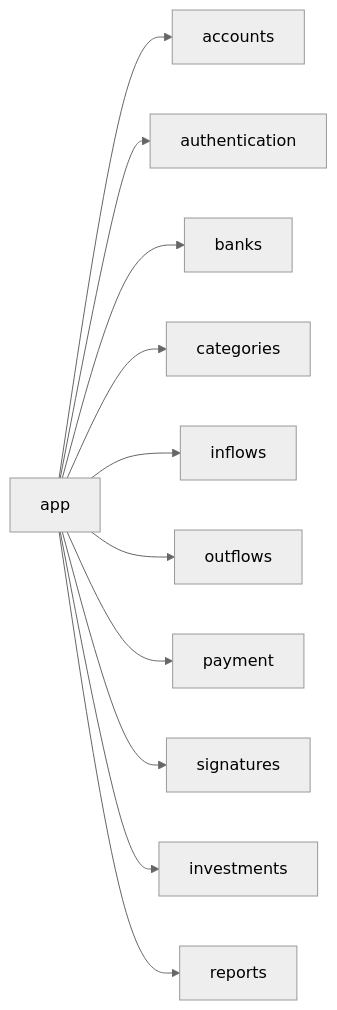
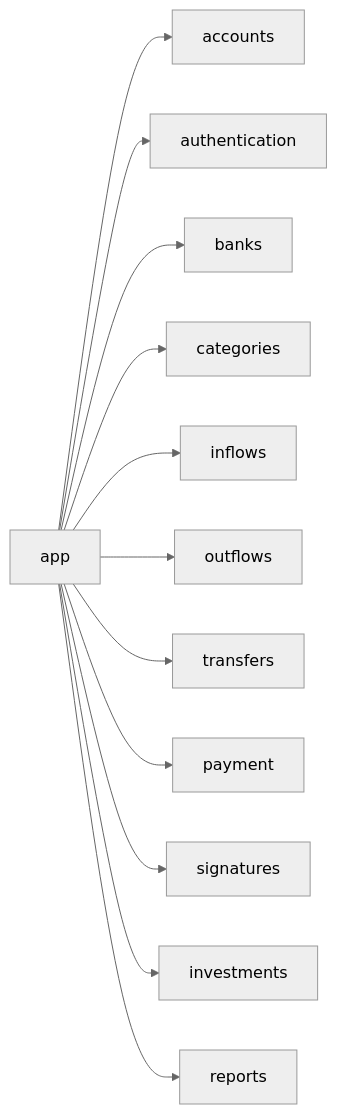
Before and after one commit to guilhermeAndrade07/gaw-finance: the diagram in docs/apps.md, drawn with Mermaid (neutral theme). The commit also changed other lines of this file and 24 other files, not shown here.

````diff
--- a/docs/apps.md
+++ b/docs/apps.md
@@ -5,25 +5,27 @@
 ```mermaid
 graph LR
     App[app]
     Accounts[accounts]
     Auth[authentication]
     Banks[banks]
     Categories[categories]
     Inflows[inflows]
     Outflows[outflows]
+    Transfers[transfers]
     Payment[payment]
     Signatures[signatures]
     Investments[investments]
     Reports[reports]
 
     App --> Accounts
     App --> Auth
     App --> Banks
     App --> Categories
     App --> Inflows
     App --> Outflows
+    App --> Transfers
     App --> Payment
     App --> Signatures
     App --> Investments
     App --> Reports
 ```
````
